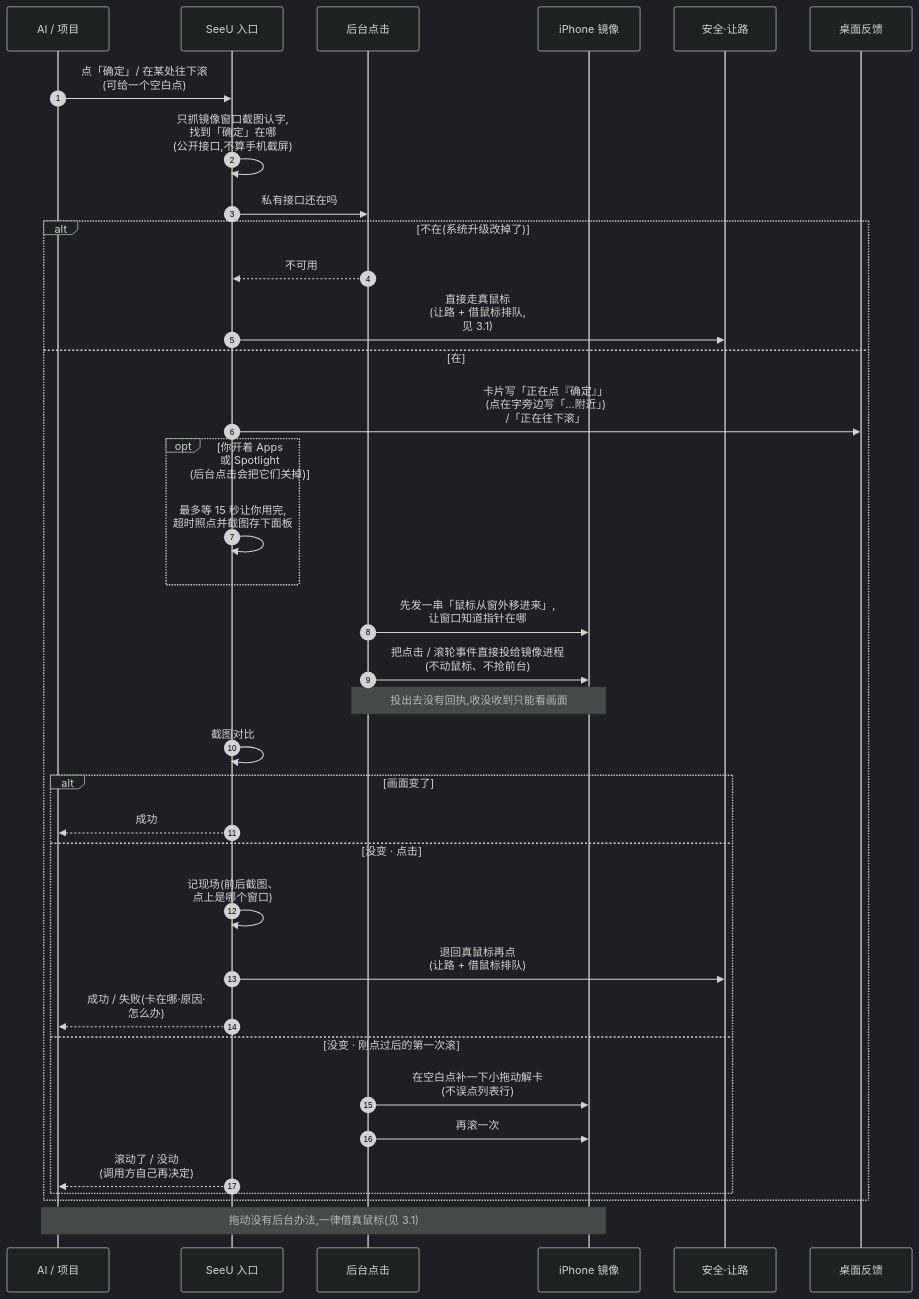
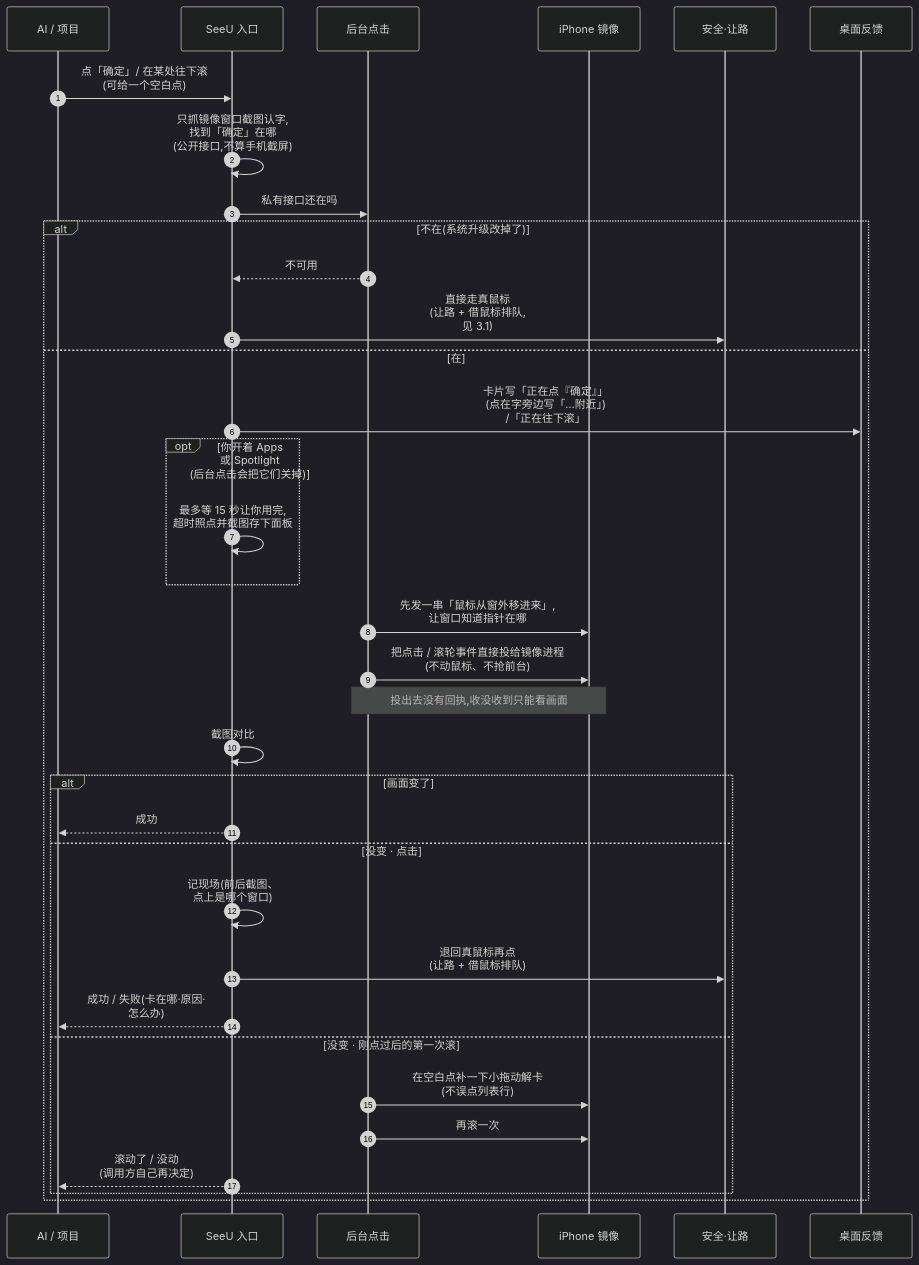
Before and after one commit to Mr-Bingoo/seeu-computeruse: the fifth of 13 diagrams in docs/SeeU-业务图.zh-CN.md, drawn with Mermaid (dark theme). The commit also changed other lines of this file and 47 other files, not shown here.

````diff
--- a/docs/SeeU-业务图.zh-CN.md
+++ b/docs/SeeU-业务图.zh-CN.md
@@ -182,38 +227,37 @@
 ```mermaid
 sequenceDiagram
   autonumber
   participant AI as AI / 项目
   participant E as SeeU 入口
   participant R as 后台点击
   participant M as iPhone 镜像
   participant S as 安全·让路
   participant F as 桌面反馈
   AI->>E: 点「确定」/ 在某处往下滚<br/>(可给一个空白点)
   E->>E: 只抓镜像窗口截图认字,<br/>找到「确定」在哪<br/>(公开接口,不算手机截屏)
   E->>R: 私有接口还在吗
   alt 不在(系统升级改掉了)
     R-->>E: 不可用
     E->>S: 直接走真鼠标<br/>(让路 + 借鼠标排队,<br/>见 3.1)
   else 在
     E->>F: 卡片写「正在点『确定』」<br/>(点在字旁边写「…附近」)<br/>/「正在往下滚」
     opt 你开着 Apps<br/>或 Spotlight<br/>(后台点击会把它们关掉)
       E->>E: 最多等 15 秒让你用完,<br/>超时照点并截图存下面板
     end
     R->>M: 先发一串「鼠标从窗外移进来」,<br/>让窗口知道指针在哪
     R->>M: 把点击 / 滚轮事件直接投给镜像进程<br/>(不动鼠标、不抢前台)
     Note over R,M: 投出去没有回执,收没收到只能看画面
     E->>E: 截图对比
     alt 画面变了
       E-->>AI: 成功
     else 没变 · 点击
       E->>E: 记现场(前后截图、<br/>点上是哪个窗口)
       E->>S: 退回真鼠标再点<br/>(让路 + 借鼠标排队)
       E-->>AI: 成功 / 失败(卡在哪·原因·<br/>怎么办)
     else 没变 · 刚点过后的第一次滚
       R->>M: 在空白点补一下小拖动解卡<br/>(不误点列表行)
       R->>M: 再滚一次
       E-->>AI: 滚动了 / 没动<br/>(调用方自己再决定)
     end
   end
-  Note over AI,M: 拖动没有后台办法,一律借真鼠标(见 3.1)
 ```
````
